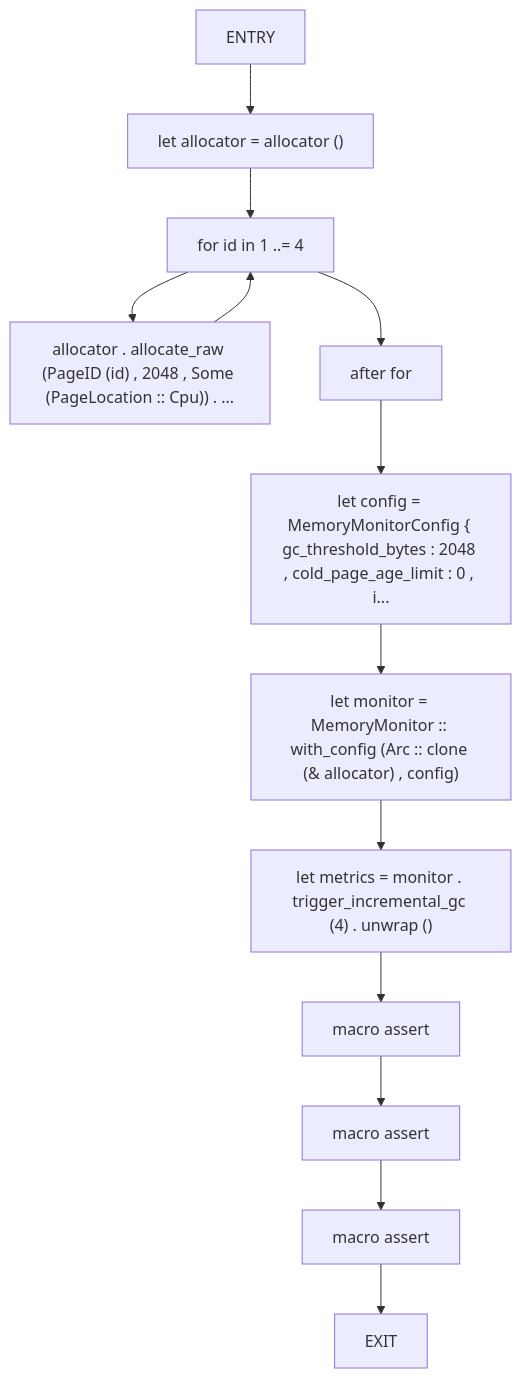
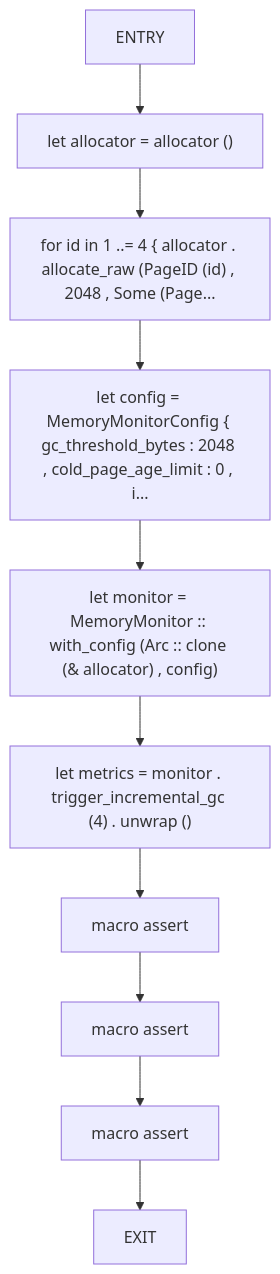
One commit to cicero-violate/MMSB changed the ninth of 18 diagrams in docs/analysis/cfg/060-src-06_utility.md. Above: the diagram before and after it, drawn with Mermaid. The commit also changed other lines of this file and 865 other files, not shown here.

````diff
--- a/docs/analysis/cfg/060-src-06_utility.md
+++ b/docs/analysis/cfg/060-src-06_utility.md
@@ -209,27 +195,22 @@
 ```mermaid
 flowchart TD
     incremental_gc_reclaims_pages_under_budget_0["ENTRY"]
     incremental_gc_reclaims_pages_under_budget_1["let allocator = allocator ()"]
-    incremental_gc_reclaims_pages_under_budget_2["for id in 1 ..= 4"]
-    incremental_gc_reclaims_pages_under_budget_3["allocator . allocate_raw (PageID (id) , 2048 , Some (PageLocation :: Cpu)) . ..."]
-    incremental_gc_reclaims_pages_under_budget_4["after for"]
-    incremental_gc_reclaims_pages_under_budget_5["let config = MemoryMonitorConfig { gc_threshold_bytes : 2048 , cold_page_age_limit : 0 , i..."]
-    incremental_gc_reclaims_pages_under_budget_6["let monitor = MemoryMonitor :: with_config (Arc :: clone (& allocator) , config)"]
-    incremental_gc_reclaims_pages_under_budget_7["let metrics = monitor . trigger_incremental_gc (4) . unwrap ()"]
+    incremental_gc_reclaims_pages_under_budget_2["for id in 1 ..= 4 { allocator . allocate_raw (PageID (id) , 2048 , Some (Page..."]
+    incremental_gc_reclaims_pages_under_budget_3["let config = MemoryMonitorConfig { gc_threshold_bytes : 2048 , cold_page_age_limit : 0 , i..."]
+    incremental_gc_reclaims_pages_under_budget_4["let monitor = MemoryMonitor :: with_config (Arc :: clone (& allocator) , config)"]
+    incremental_gc_reclaims_pages_under_budget_5["let metrics = monitor . trigger_incremental_gc (4) . unwrap ()"]
+    incremental_gc_reclaims_pages_under_budget_6["macro assert"]
+    incremental_gc_reclaims_pages_under_budget_7["macro assert"]
     incremental_gc_reclaims_pages_under_budget_8["macro assert"]
-    incremental_gc_reclaims_pages_under_budget_9["macro assert"]
-    incremental_gc_reclaims_pages_under_budget_10["macro assert"]
-    incremental_gc_reclaims_pages_under_budget_11["EXIT"]
+    incremental_gc_reclaims_pages_under_budget_9["EXIT"]
     incremental_gc_reclaims_pages_under_budget_0 --> incremental_gc_reclaims_pages_under_budget_1
     incremental_gc_reclaims_pages_under_budget_1 --> incremental_gc_reclaims_pages_under_budget_2
     incremental_gc_reclaims_pages_under_budget_2 --> incremental_gc_reclaims_pages_under_budget_3
-    incremental_gc_reclaims_pages_under_budget_3 --> incremental_gc_reclaims_pages_under_budget_2
-    incremental_gc_reclaims_pages_under_budget_2 --> incremental_gc_reclaims_pages_under_budget_4
+    incremental_gc_reclaims_pages_under_budget_3 --> incremental_gc_reclaims_pages_under_budget_4
     incremental_gc_reclaims_pages_under_budget_4 --> incremental_gc_reclaims_pages_under_budget_5
     incremental_gc_reclaims_pages_under_budget_5 --> incremental_gc_reclaims_pages_under_budget_6
     incremental_gc_reclaims_pages_under_budget_6 --> incremental_gc_reclaims_pages_under_budget_7
     incremental_gc_reclaims_pages_under_budget_7 --> incremental_gc_reclaims_pages_under_budget_8
     incremental_gc_reclaims_pages_under_budget_8 --> incremental_gc_reclaims_pages_under_budget_9
-    incremental_gc_reclaims_pages_under_budget_9 --> incremental_gc_reclaims_pages_under_budget_10
-    incremental_gc_reclaims_pages_under_budget_10 --> incremental_gc_reclaims_pages_under_budget_11
 ```
````
